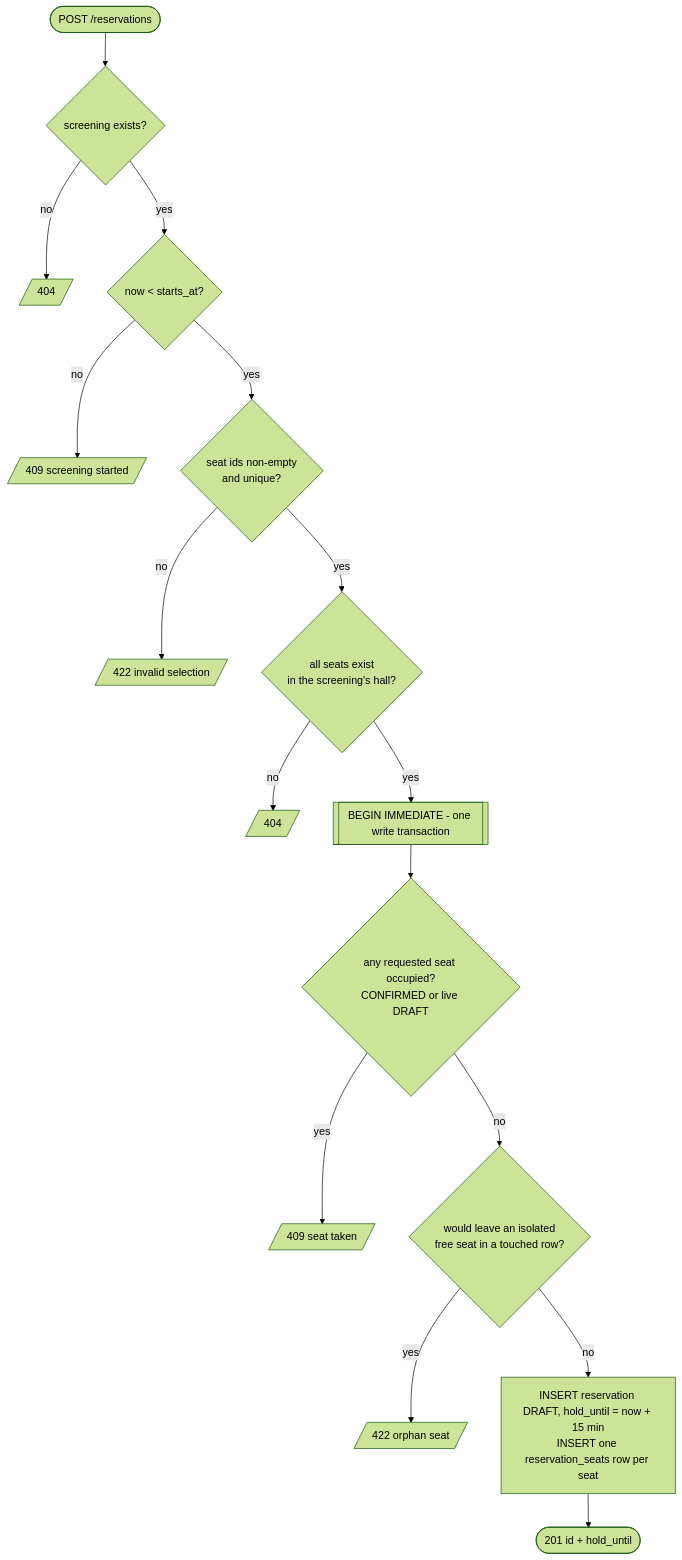
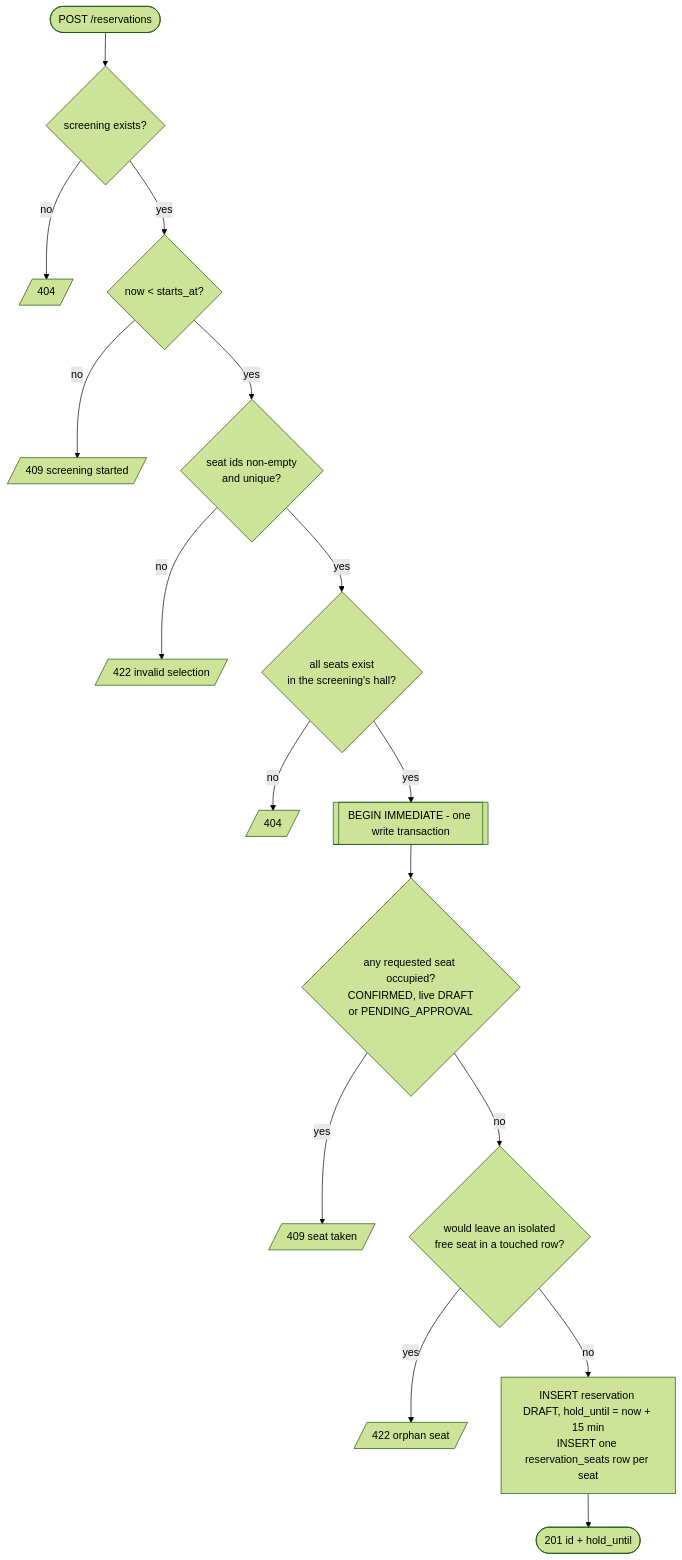
Before and after one commit to SerpentSide/SWI_Projekt: the third of 7 diagrams in docs/diagrams.md, drawn with Mermaid (forest theme). The commit also changed other lines of this file and 5 other files, not shown here.

First line of the commit message:
C02: baseline v0.2 - approval before confirmation (spec, impact analysis, diagrams)

````diff
--- a/docs/diagrams.md
+++ b/docs/diagrams.md
@@ -89,18 +112,18 @@
 ```mermaid
 flowchart TD
     start([POST /reservations]) --> s{screening exists?}
     s -- no --> e404a[/404/]
     s -- yes --> st{now < starts_at?}
     st -- no --> e409a[/409 screening started/]
     st -- yes --> v{seat ids non-empty<br/>and unique?}
     v -- no --> e422a[/422 invalid selection/]
     v -- yes --> h{all seats exist<br/>in the screening's hall?}
     h -- no --> e404b[/404/]
     h -- yes --> tx[[BEGIN IMMEDIATE - one write transaction]]
-    tx --> o{any requested seat occupied?<br/>CONFIRMED or live DRAFT}
+    tx --> o{any requested seat occupied?<br/>CONFIRMED, live DRAFT<br/>or PENDING_APPROVAL}
     o -- yes --> e409b[/409 seat taken/]
     o -- no --> or{would leave an isolated<br/>free seat in a touched row?}
     or -- yes --> e422b[/422 orphan seat/]
     or -- no --> ins[INSERT reservation DRAFT, hold_until = now + 15 min<br/>INSERT one reservation_seats row per seat]
     ins --> ok([201 id + hold_until])
 ```
````
